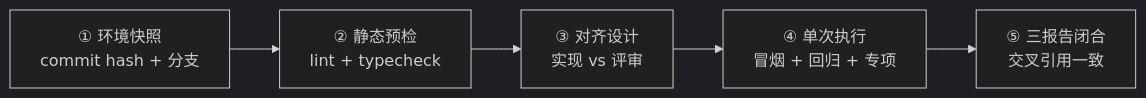
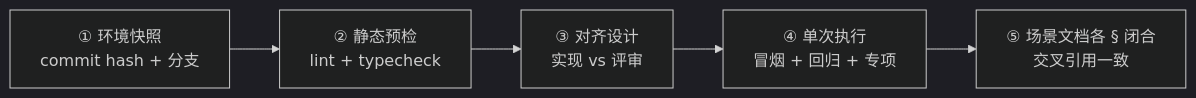
Before and after one commit to effiy/YrY: the fourth of 8 diagrams in agents/tester.md, drawn with Mermaid (dark theme). The commit also changed other lines of this file and 37 other files, not shown here.

````diff
--- a/agents/tester.md
+++ b/agents/tester.md
@@ -67,8 +110,8 @@
 ```mermaid
 flowchart LR
     S1["① 环境快照<br/>commit hash + 分支"]:::step --> S2["② 静态预检<br/>lint + typecheck"]:::step
     S2 --> S3["③ 对齐设计<br/>实现 vs 评审"]:::step
     S3 --> S4["④ 单次执行<br/>冒烟 + 回归 + 专项"]:::step
-    S4 --> S5["⑤ 三报告闭合<br/>交叉引用一致"]:::step
+    S4 --> S5["⑤ 场景文档各 § 闭合<br/>交叉引用一致"]:::step
 
 ```
````
